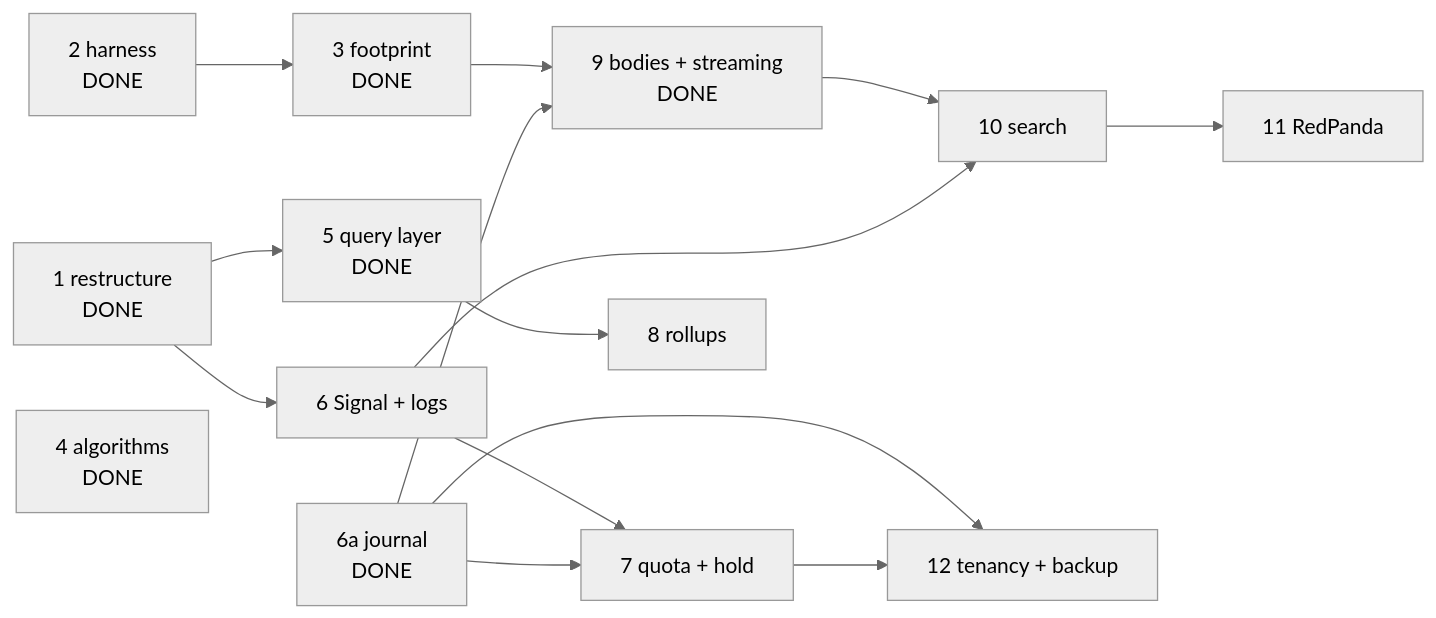
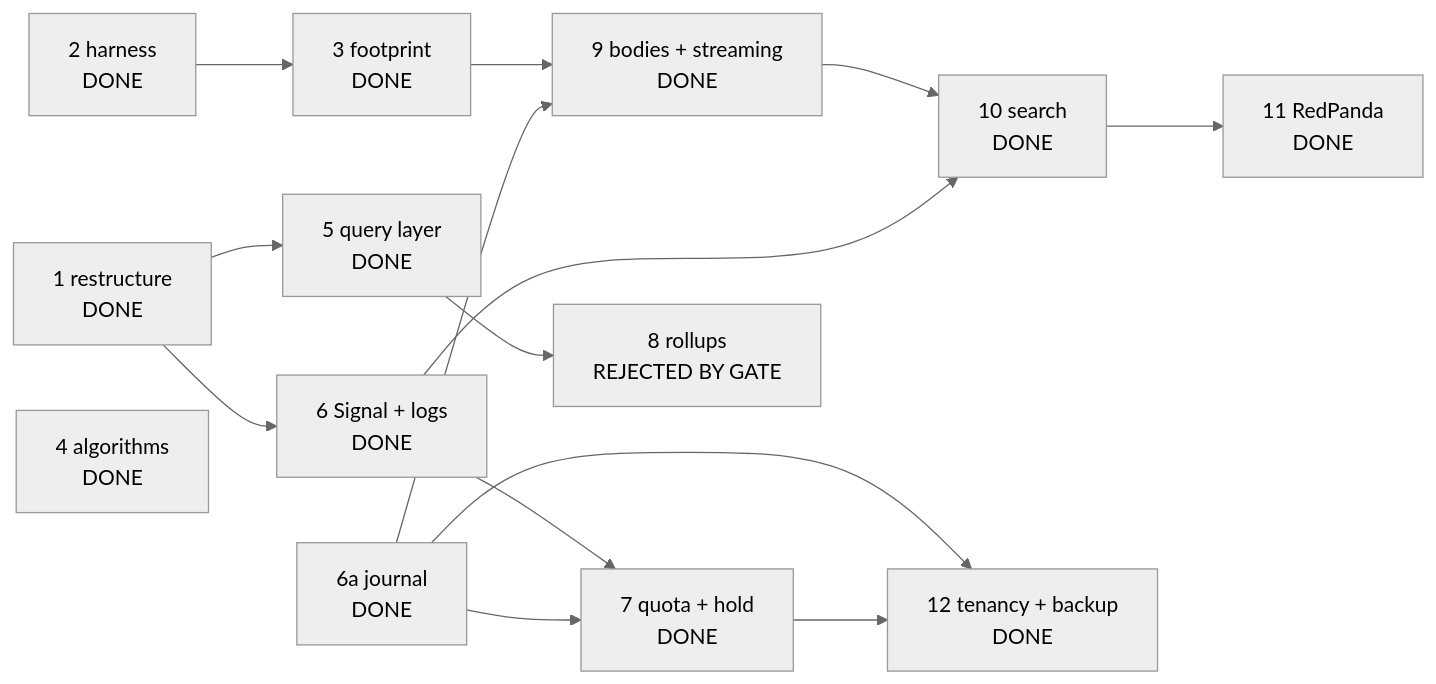
Before and after one commit to sideseat/sideseat: diagram 11 of 11 in PLAN.md, drawn with Mermaid (neutral theme). The commit also changed other lines of this file, not shown here.

````diff
--- a/PLAN.md
+++ b/PLAN.md
@@ -804,17 +836,17 @@
 ```mermaid
 graph LR
     s1["1 restructure<br/>DONE"] --> s5["5 query layer<br/>DONE"]
-    s1 --> s6["6 Signal + logs"]
+    s1 --> s6["6 Signal + logs<br/>DONE"]
     s2["2 harness<br/>DONE"] --> s3["3 footprint<br/>DONE"]
     s4["4 algorithms<br/>DONE"]
-    s6a["6a journal<br/>DONE"] --> s7["7 quota + hold"]
+    s6a["6a journal<br/>DONE"] --> s7["7 quota + hold<br/>DONE"]
     s6a --> s9["9 bodies + streaming<br/>DONE"]
-    s5 --> s8["8 rollups"]
+    s5 --> s8["8 rollups<br/>REJECTED BY GATE"]
     s6 --> s7
-    s6 --> s10["10 search"]
+    s6 --> s10["10 search<br/>DONE"]
     s9 --> s10
     s3 --> s9
-    s7 --> s12["12 tenancy + backup"]
-    s10 --> s11["11 RedPanda"]
+    s7 --> s12["12 tenancy + backup<br/>DONE"]
+    s10 --> s11["11 RedPanda<br/>DONE"]
     s6a --> s12
 ```
````
